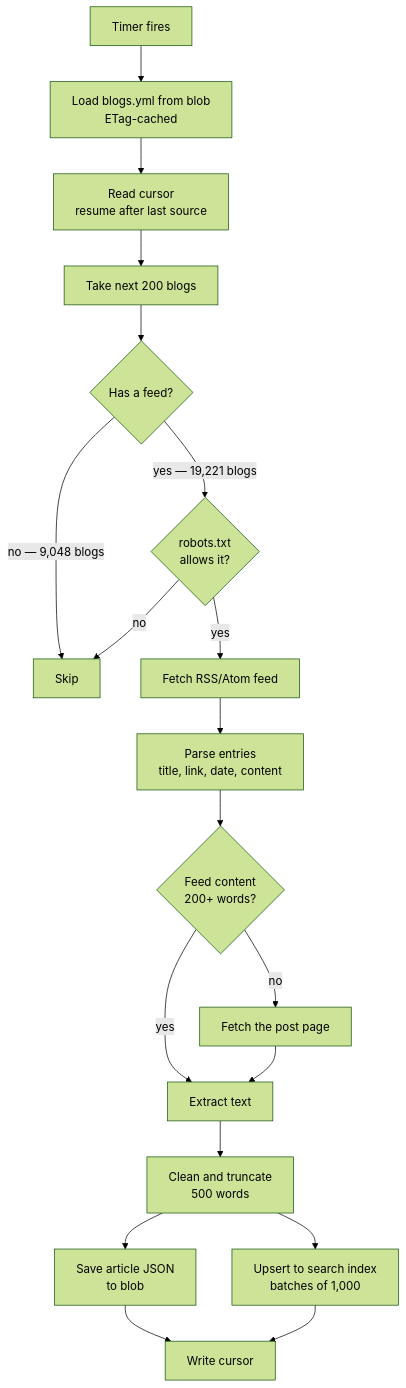
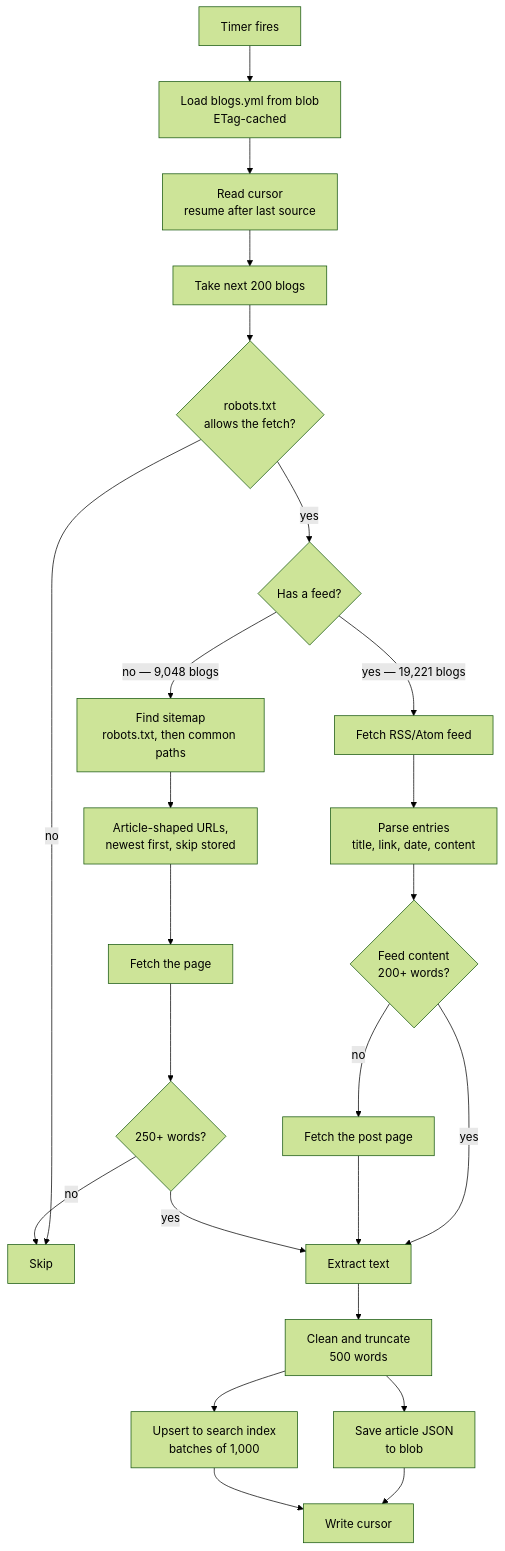
One commit to GitPaulo/blogme changed the second of 5 diagrams in docs/how-it-works.md. Above: the diagram before and after it, drawn with Mermaid (forest theme). The commit also changed other lines of this file and 3 other files, not shown here.

````diff
--- a/docs/how-it-works.md
+++ b/docs/how-it-works.md
@@ -47,24 +47,30 @@
 ```mermaid
 flowchart TD
     T["Timer fires"] --> L["Load blogs.yml from blob<br/>ETag-cached"]
     L --> C["Read cursor<br/>resume after last source"]
     C --> BATCH["Take next 200 blogs"]
 
-    BATCH --> P{"Has a feed?"}
-    P -->|"no — 9,048 blogs"| SKIP["Skip"]
-    P -->|"yes — 19,221 blogs"| R{"robots.txt<br/>allows it?"}
+    BATCH --> R{"robots.txt<br/>allows the fetch?"}
+    R -->|no| SKIP["Skip"]
+    R -->|yes| P{"Has a feed?"}
 
-    R -->|no| SKIP
-    R -->|yes| F["Fetch RSS/Atom feed"]
+    P -->|"yes — 19,221 blogs"| F["Fetch RSS/Atom feed"]
+    P -->|"no — 9,048 blogs"| M["Find sitemap<br/>robots.txt, then common paths"]
+
     F --> ITEMS["Parse entries<br/>title, link, date, content"]
-
     ITEMS --> FULL{"Feed content<br/>200+ words?"}
     FULL -->|yes| X["Extract text"]
     FULL -->|no| PAGE["Fetch the post page"] --> X
+
+    M --> LINKS["Article-shaped URLs,<br/>newest first, skip stored"]
+    LINKS --> FETCH["Fetch the page"]
+    FETCH --> LONG{"250+ words?"}
+    LONG -->|no| SKIP
+    LONG -->|yes| X
 
     X --> TRUNC["Clean and truncate<br/>500 words"]
     TRUNC --> SAVE["Save article JSON<br/>to blob"]
     TRUNC --> IDX["Upsert to search index<br/>batches of 1,000"]
     SAVE --> CUR["Write cursor"]
     IDX --> CUR
 ```
````
